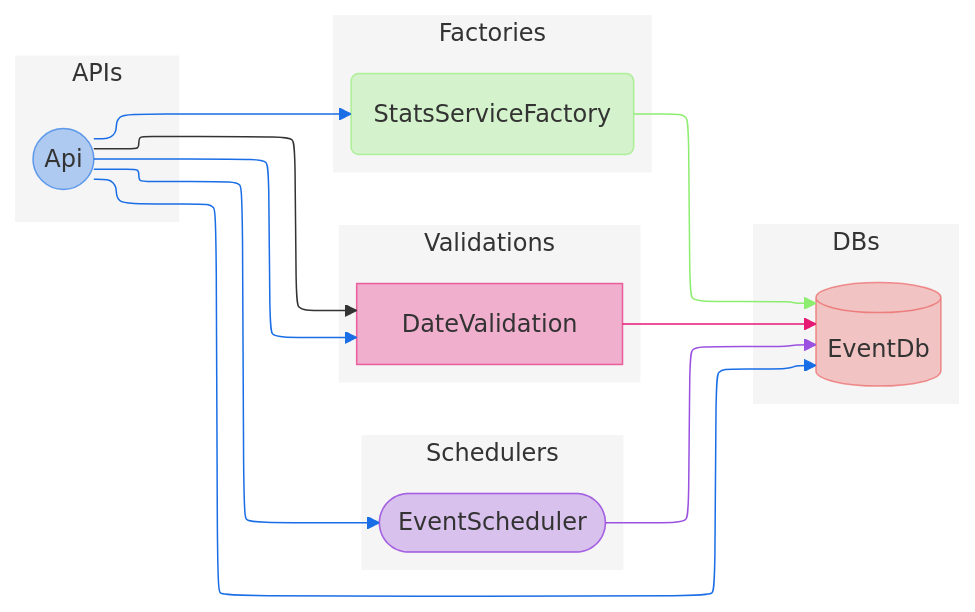
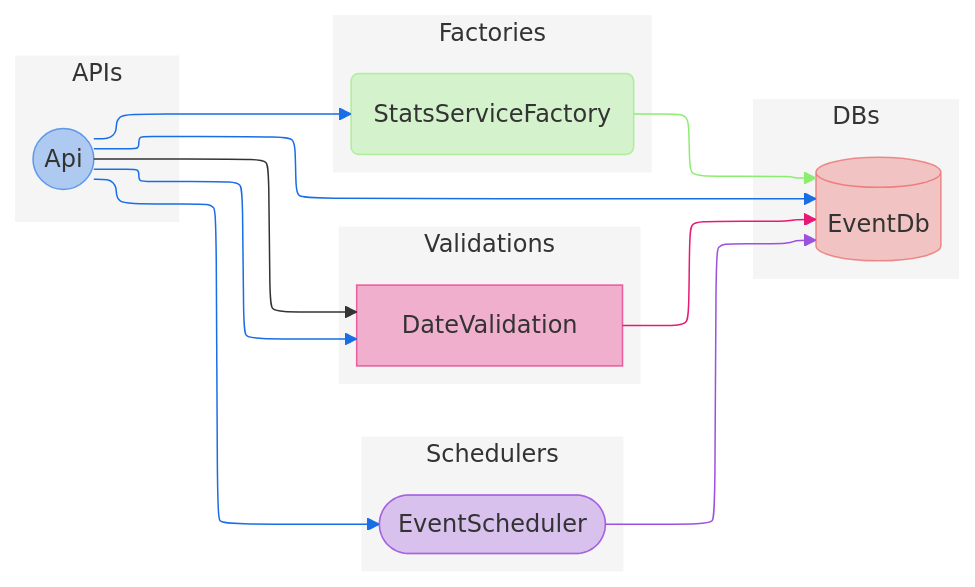
Before and after one commit to sbalmt/ez4: the diagram in examples/aws-schedule-manager/docs/schedule-manager-topology.mmd, drawn with Mermaid. The commit also changed 271 other files, not shown here.

```diff
--- a/examples/aws-schedule-manager/docs/schedule-manager-topology.mmd
+++ b/examples/aws-schedule-manager/docs/schedule-manager-topology.mmd
@@ -1,56 +1,55 @@
 %% Auto-generated topology diagram, any manual modifications will be lost during regeneration.
 %%{init: { "layout": "elk", "theme": "light" } }%%
 graph LR
 	classDef ez4Api fill:#196ee650, stroke:#196ee6a0
 	classDef ez4ApiImport fill:#196ee625, stroke:#196ee6a0, stroke-dasharray:5 5
 	classDef ez4ApiEdge stroke:#196ee6
 	subgraph APIs
 		style APIs fill: #f5f5f5, stroke-width: 0
 		Api@{ shape: circle, label: "Api" }
 		class Api ez4Api
 	end
 	classDef ez4Scheduler fill:#9b51e050, stroke:#9b51e0a0
-	classDef ez4SchedulerEdge stroke:#9b51e0
 	classDef ez4SchedulerEdge stroke:#9b51e0
 	subgraph Schedulers
 		style Schedulers fill: #f5f5f5, stroke-width: 0
 		EventScheduler@{ shape: stadium, label: "EventScheduler" }
 		class EventScheduler ez4Scheduler
 	end
 	classDef ez4Database fill:#eb575750, stroke:#eb5757a0
 	classDef ez4DatabaseEdge stroke:#eb5757
 	subgraph DBs
 		style DBs fill: #f5f5f5, stroke-width: 0
 		EventDb@{ shape: cyl, label: "EventDb" }
 		class EventDb ez4Database
 	end
 	classDef ez4Validation fill:#e6197550, stroke:#e61975a0
 	classDef ez4ValidationEdge stroke:#e61975
 	subgraph Validations
 		style Validations fill: #f5f5f5, stroke-width: 0
 		DateValidation@{ shape: rect, label: "DateValidation" }
 		class DateValidation ez4Validation
 	end
 	classDef ez4Factory fill:#8ded7050, stroke:#8ded70a0
 	classDef ez4FactoryEdge stroke:#8ded70
 	subgraph Factories
 		style Factories fill: #f5f5f5, stroke-width: 0
 		StatsServiceFactory@{ shape: rounded, label: "StatsServiceFactory" }
 		class StatsServiceFactory ez4Factory
 	end
-	StatsServiceFactory EventDbStatsServiceFactory@--> EventDb
-	DateValidation EventDbDateValidation@--> EventDb
 	Api DateValidationApi@--> DateValidation
 	Api StatsServiceFactoryApi@--> StatsServiceFactory
 	Api EventSchedulerApi@--> EventScheduler
 	Api EventDbApi@--> EventDb
 	Api DateValidationApi@--> DateValidation
+	DateValidation EventDbDateValidation@--> EventDb
 	EventScheduler EventDbEventScheduler@--> EventDb
-	class EventDbStatsServiceFactory ez4FactoryEdge
-	class EventDbDateValidation ez4ValidationEdge
+	StatsServiceFactory EventDbStatsServiceFactory@--> EventDb
 	class DateValidationApi ez4ApiEdge
 	class StatsServiceFactoryApi ez4ApiEdge
 	class EventSchedulerApi ez4ApiEdge
 	class EventDbApi ez4ApiEdge
 	class DateValidationApi ez4ApiEdge
+	class EventDbDateValidation ez4ValidationEdge
 	class EventDbEventScheduler ez4SchedulerEdge
+	class EventDbStatsServiceFactory ez4FactoryEdge
```
